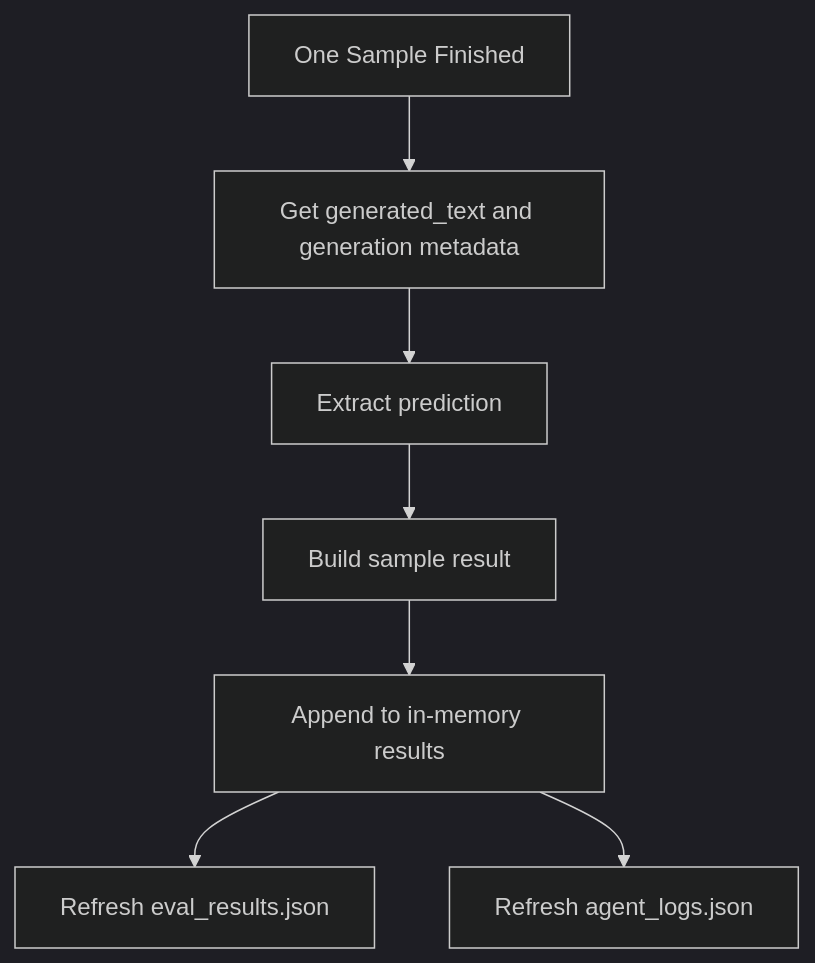
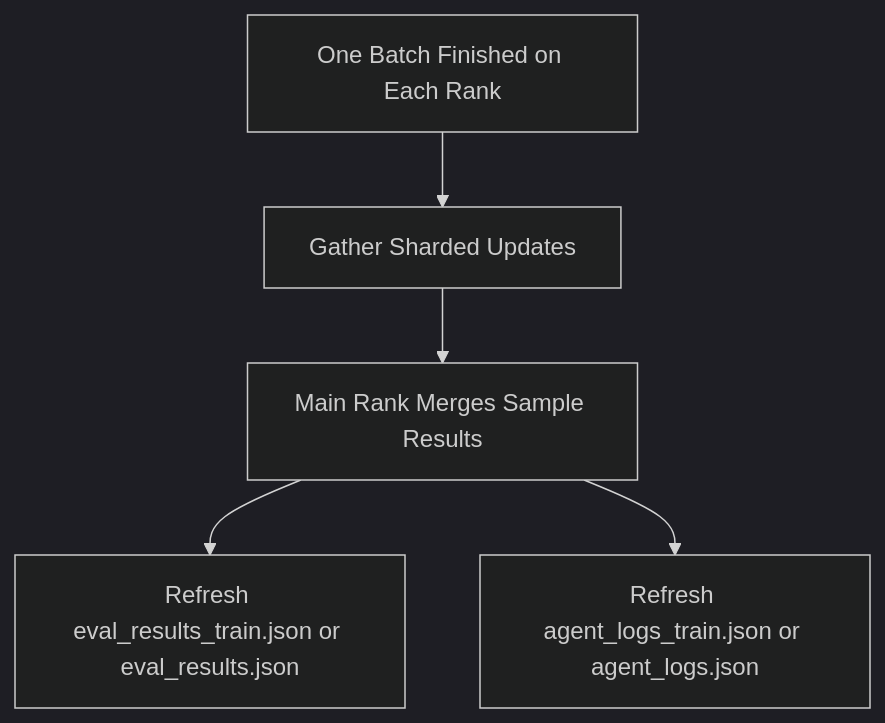
Before and after one commit to Johnny221B/latent-MAS: the fifth of 5 diagrams in docs/agent_workflow.md, drawn with Mermaid (dark theme). The commit also changed other lines of this file and 15 other files, not shown here.

````diff
--- a/docs/agent_workflow.md
+++ b/docs/agent_workflow.md
@@ -120,9 +122,7 @@
 ```mermaid
 flowchart TD
-    A[One Sample Finished] --> B[Get generated_text and generation metadata]
-    B --> C[Extract prediction]
-    C --> D[Build sample result]
-    D --> E[Append to in-memory results]
-    E --> F[Refresh eval_results.json]
-    E --> G[Refresh agent_logs.json]
+    A[One Batch Finished on Each Rank] --> B[Gather Sharded Updates]
+    B --> C[Main Rank Merges Sample Results]
+    C --> D[Refresh eval_results_train.json or eval_results.json]
+    C --> E[Refresh agent_logs_train.json or agent_logs.json]
 ```
````
